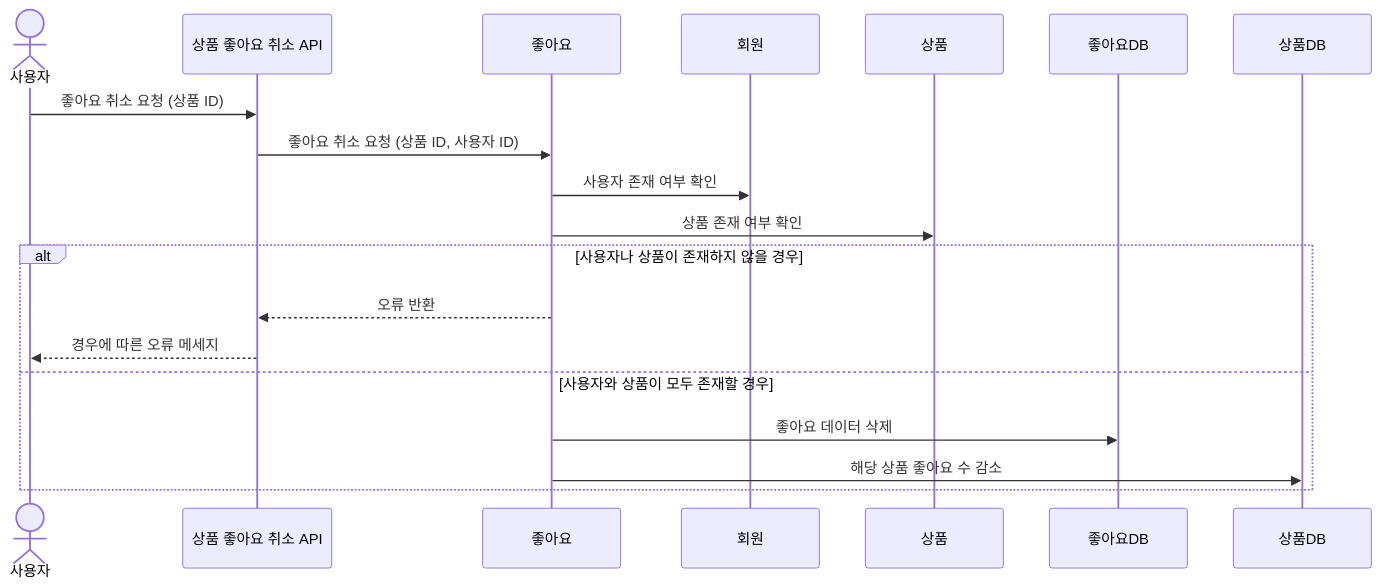
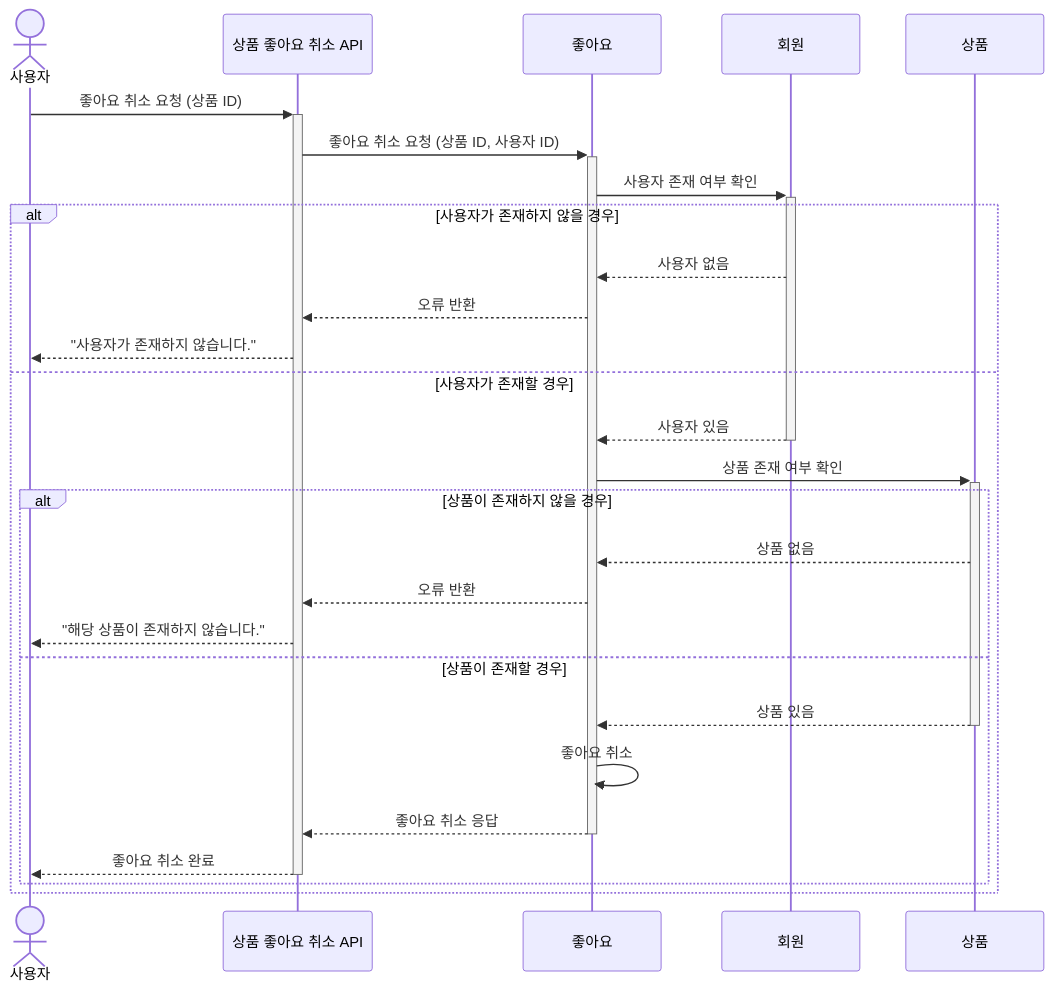
The fifth of 9 diagrams in docs/design/02-sequence-diagrams.md (kodonghee/loopers-e-commerce), drawn with Mermaid before and after one commit. The commit also changed other lines of this file, not shown here.

Commit message:
feat: 시퀀스 다이어그램 - 주문 관련 작성

````diff
--- a/docs/design/02-sequence-diagrams.md
+++ b/docs/design/02-sequence-diagrams.md
@@ -107,24 +104,32 @@
 ```mermaid
 sequenceDiagram
-actor 사용자
-participant 상품 좋아요 취소 API
-participant 좋아요
-participant 회원
-participant 상품
-participant 좋아요DB
-participant 상품DB
+    actor 사용자
+    participant 상품 좋아요 취소 API
+    participant 좋아요
+    participant 회원
+    participant 상품
 
-    사용자->>상품 좋아요 취소 API: 좋아요 취소 요청 (상품 ID)
+    사용자->>+상품 좋아요 취소 API: 좋아요 취소 요청 (상품 ID)
 
-    상품 좋아요 취소 API->>좋아요: 좋아요 취소 요청 (상품 ID, 사용자 ID)
-    좋아요->>회원: 사용자 존재 여부 확인
-    좋아요->>상품: 상품 존재 여부 확인
+    상품 좋아요 취소 API->>+좋아요: 좋아요 취소 요청 (상품 ID, 사용자 ID)
+    좋아요->>+회원: 사용자 존재 여부 확인
 
-    alt 사용자나 상품이 존재하지 않을 경우
+    alt 사용자가 존재하지 않을 경우
+        회원-->>좋아요: 사용자 없음
         좋아요-->>상품 좋아요 취소 API: 오류 반환
-        상품 좋아요 취소 API-->>사용자: 경우에 따른 오류 메세지
-    else 사용자와 상품이 모두 존재할 경우
-        좋아요->>좋아요DB: 좋아요 데이터 삭제
-        좋아요->>상품DB: 해당 상품 좋아요 수 감소
+        상품 좋아요 취소 API-->>사용자: "사용자가 존재하지 않습니다."
+    else 사용자가 존재할 경우
+        회원-->>-좋아요: 사용자 있음
+        좋아요->>+상품: 상품 존재 여부 확인
+        alt 상품이 존재하지 않을 경우
+            상품-->>좋아요: 상품 없음
+            좋아요-->>상품 좋아요 취소 API: 오류 반환
+            상품 좋아요 취소 API-->>사용자: "해당 상품이 존재하지 않습니다."
+        else 상품이 존재할 경우
+            상품-->>-좋아요: 상품 있음
+            좋아요->>좋아요: 좋아요 취소
+            좋아요-->>-상품 좋아요 취소 API: 좋아요 취소 응답
+            상품 좋아요 취소 API-->>-사용자: 좋아요 취소 완료
+        end
     end
 ```
````
